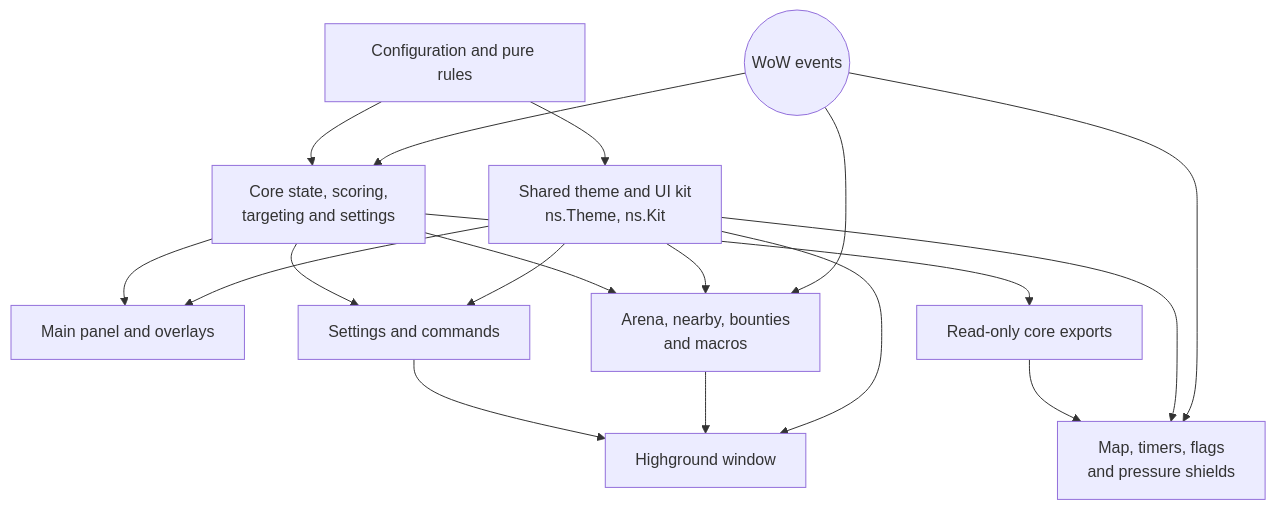
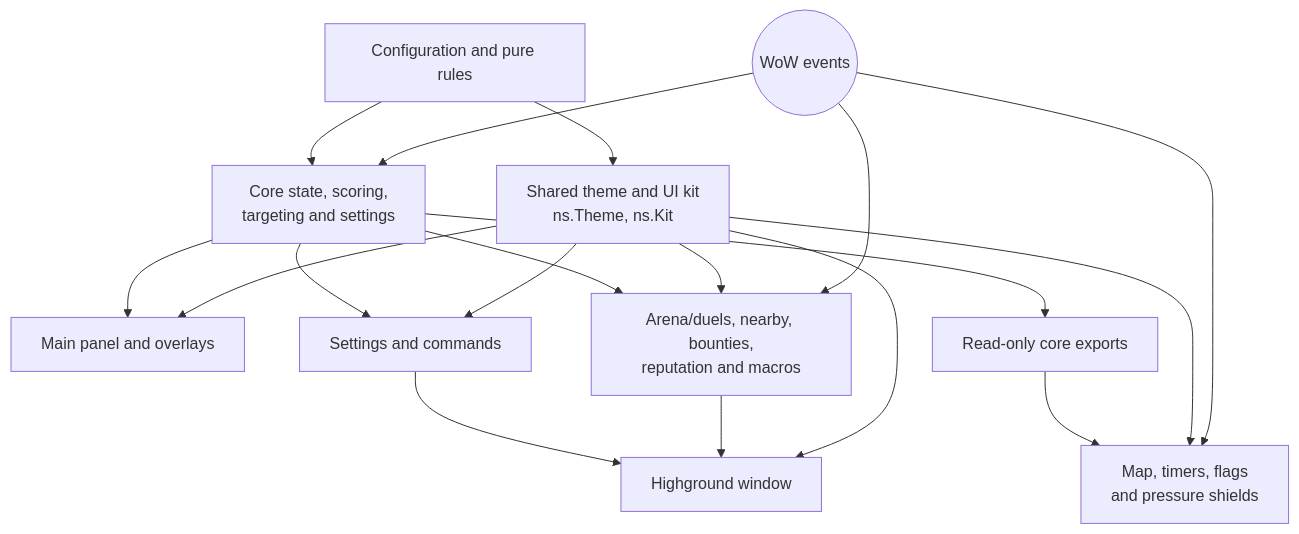
Before and after one commit to kemicofa/highground: the second of 2 diagrams in addons/Highground/docs/development.md, drawn with Mermaid. The commit also changed other lines of this file and 114 other files, not shown here.

````diff
--- a/addons/Highground/docs/development.md
+++ b/addons/Highground/docs/development.md
@@ -87,13 +92,13 @@
 ```mermaid
 flowchart TD
   CFG[Configuration and pure rules] --> CORE[Core state, scoring,<br/>targeting and settings]
   CFG --> THEME[Shared theme and UI kit<br/>ns.Theme, ns.Kit]
   CORE --> UI[Main panel and overlays]
   CORE --> OPT[Settings and commands]
   CORE --> EXP[Read-only core exports]
   EXP --> SUB[Map, timers, flags<br/>and pressure shields]
-  CORE --> FEAT[Arena, nearby, bounties<br/>and macros]
+  CORE --> FEAT[Arena/duels, nearby, bounties,<br/>reputation and macros]
   OPT & FEAT --> HUB[Highground window]
   THEME --> UI & OPT & SUB & FEAT & HUB
   EVT((WoW events)) --> CORE & SUB & FEAT
 ```
````
